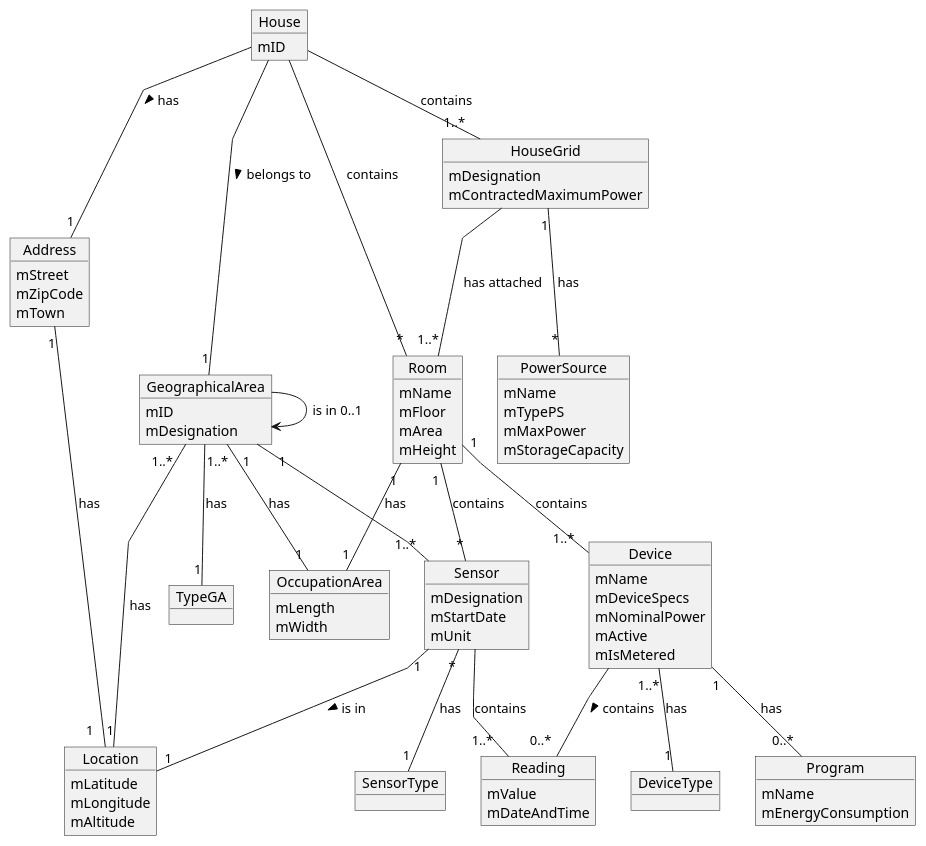
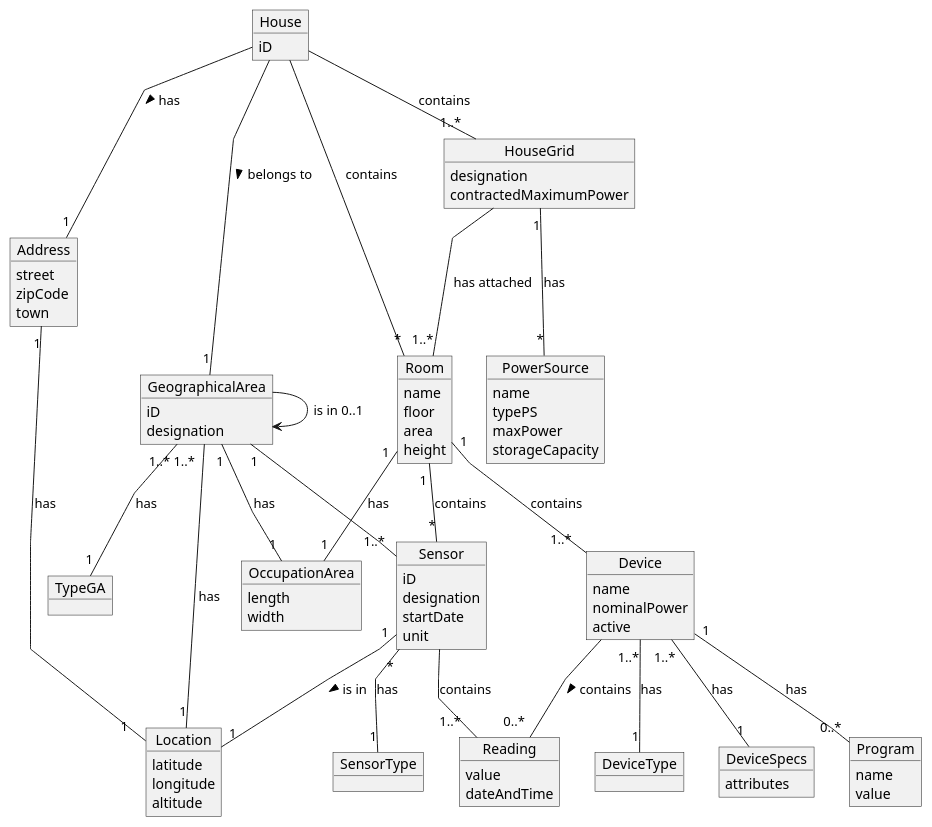
The diagram in src/main/java/smarthome/uml/DomainModel.puml (emanuel-pereira/hou), drawn with PlantUML before and after one commit.

```diff
--- a/src/main/java/smarthome/uml/DomainModel.puml
+++ b/src/main/java/smarthome/uml/DomainModel.puml
@@ -1,116 +1,119 @@
 @startuml
 skinparam linetype polyline
 
 object House{
-mID
+iD
 }
 
 object Address {
-mStreet
-mZipCode
-mTown
+street
+zipCode
+town
 }
 
 object GeographicalArea{
-mID
-mDesignation
+iD
+designation
 }
 
 object Location{
-mLatitude
-mLongitude
-mAltitude
+latitude
+longitude
+altitude
 }
 
 object TypeGA
 
 
 object OccupationArea{
-
-mLength
-mWidth
+length
+width
 }
 
 
 object Room{
-mName
-mFloor
-mArea
-mHeight
+name
+floor
+area
+height
 }
 
 
 object Sensor{
-mDesignation
-mStartDate
-mUnit
+iD
+designation
+startDate
+unit
 }
 
 object SensorType
 
 object HouseGrid {
-mDesignation
-mContractedMaximumPower
+designation
+contractedMaximumPower
 }
 
 object Reading{
-mValue
-mDateAndTime
+value
+dateAndTime
 }
 
 object Device {
-mName
-mDeviceSpecs
-mNominalPower
-mActive
-mIsMetered
+name
+nominalPower
+active
 }
 
 object DeviceType
 
+object DeviceSpecs{
+attributes
+}
+
 object PowerSource{
-mName
-mTypePS
-mMaxPower
-mStorageCapacity
+name
+typePS
+maxPower
+storageCapacity
 }
 
 object Program{
-mName
-mEnergyConsumption
+name
+value
 }
 
 House -- "1" GeographicalArea: > belongs to
 House -- "1" Address: has >
 House -- "1..*" HouseGrid: contains
 HouseGrid --  "1..*" Room: has attached
 House --"*" Room: contains
 
 Address "1" -- "1   " Location: has
 
 GeographicalArea ->  GeographicalArea: is in 0..1
 GeographicalArea "1..*"-- "1" TypeGA: has
 GeographicalArea"   1" -- "1..* " Sensor
 GeographicalArea "   1"-- "    1" OccupationArea: has
 GeographicalArea "1..*  "-- "1" Location: has
 
 Room "1 " -- "*" Sensor: contains
 Room "1" -- "1..*  "Device: contains
 Room "1"-- "1" OccupationArea: has
 
 
 Sensor -- "1..*  "Reading: contains
 Sensor "*" -- "1" SensorType: has
 Sensor "1" -- "1" Location: > is in
 
 HouseGrid "1" --  "*" PowerSource: has
 
 Device "1..*" -- "1" DeviceType: has
+Device "1..*" -- "1" DeviceSpecs: has
 Device -- "0..*  "Reading: > contains
 Device "1" -- "0..*" Program: has
 
 
 
 
 
 @enduml
```
